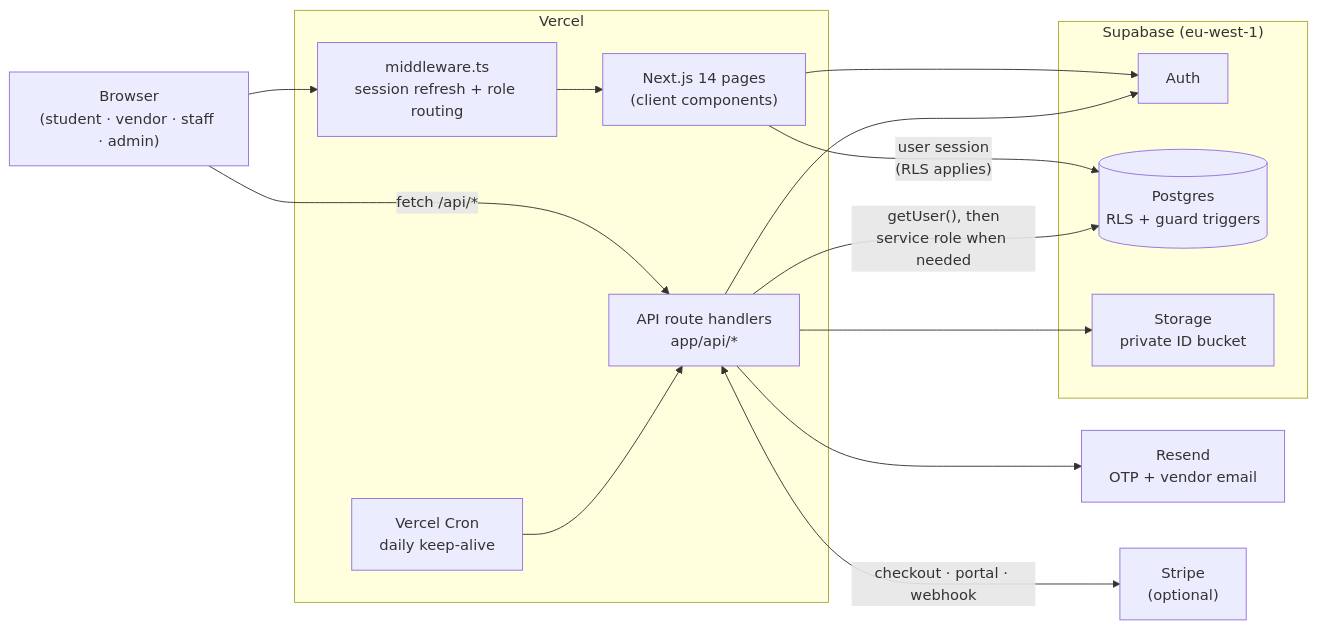
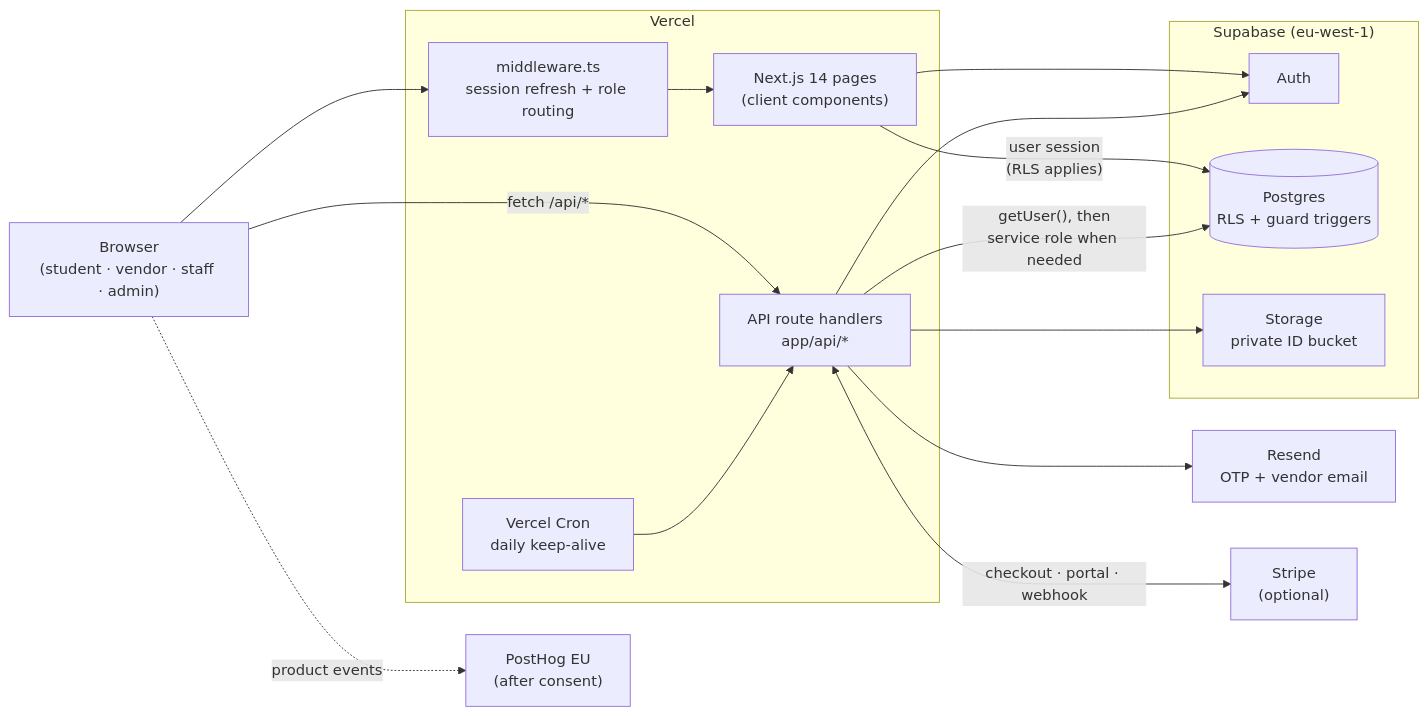
Before and after one commit to EMMANUEL-LAMPTEY-96/stud-deals: the diagram in README.md, drawn with Mermaid. The commit also changed other lines of this file and 28 other files, not shown here.

First line of the commit message:
feat(analytics): consent-gated PostHog product analytics (EU cloud)

````diff
--- a/README.md
+++ b/README.md
@@ -100,31 +101,33 @@
 ```mermaid
 flowchart LR
     B["Browser<br/>(student · vendor · staff · admin)"]
 
     subgraph V["Vercel"]
         MW["middleware.ts<br/>session refresh + role routing"]
         P["Next.js 14 pages<br/>(client components)"]
         API["API route handlers<br/>app/api/*"]
         CRON["Vercel Cron<br/>daily keep-alive"]
     end
 
     subgraph S["Supabase (eu-west-1)"]
         AUTH["Auth"]
         DB[("Postgres<br/>RLS + guard triggers")]
         ST["Storage<br/>private ID bucket"]
     end
 
     RS["Resend<br/>OTP + vendor email"]
     STR["Stripe<br/>(optional)"]
+    PH["PostHog EU<br/>(after consent)"]
 
     B --> MW --> P
     B -- "fetch /api/*" --> API
     P -- "user session<br/>(RLS applies)" --> DB
     P --> AUTH
     API -- "getUser(), then<br/>service role when needed" --> DB
     API --> AUTH
     API --> ST
     API --> RS
     API <-->|"checkout · portal · webhook"| STR
     CRON --> API
+    B -. "product events" .-> PH
 ```
````
